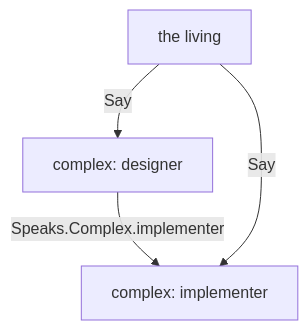
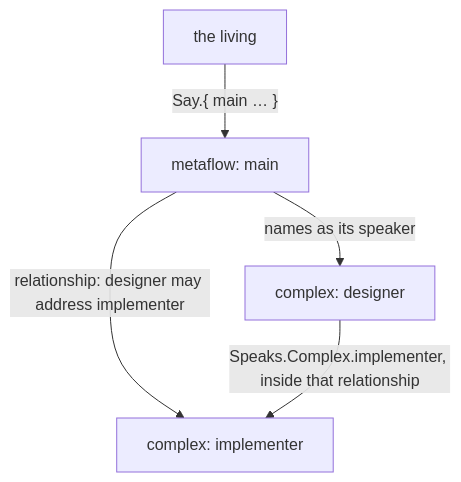
One commit to LiGoldragon/psyche-belief changed the second of 3 diagrams in vision/metaflow-v1.md. Above: the diagram before and after it, drawn with Mermaid. The commit also changed other lines of this file and 2 other files, not shown here.

````diff
--- a/vision/metaflow-v1.md
+++ b/vision/metaflow-v1.md
@@ -24,6 +26,7 @@
 ```mermaid
 flowchart TB
-    d["complex: designer"] -- "Speaks.Complex.implementer" --> i["complex: implementer"]
-    l["the living"] -- "Say" --> d
-    l -- "Say" --> i
+    m["metaflow: main"] -- "names as its speaker" --> d["complex: designer"]
+    m -- "relationship: designer may address implementer" --> i["complex: implementer"]
+    d -- "Speaks.Complex.implementer, inside that relationship" --> i
+    l["the living"] -- "Say.{ main … }" --> m
 ```
````
